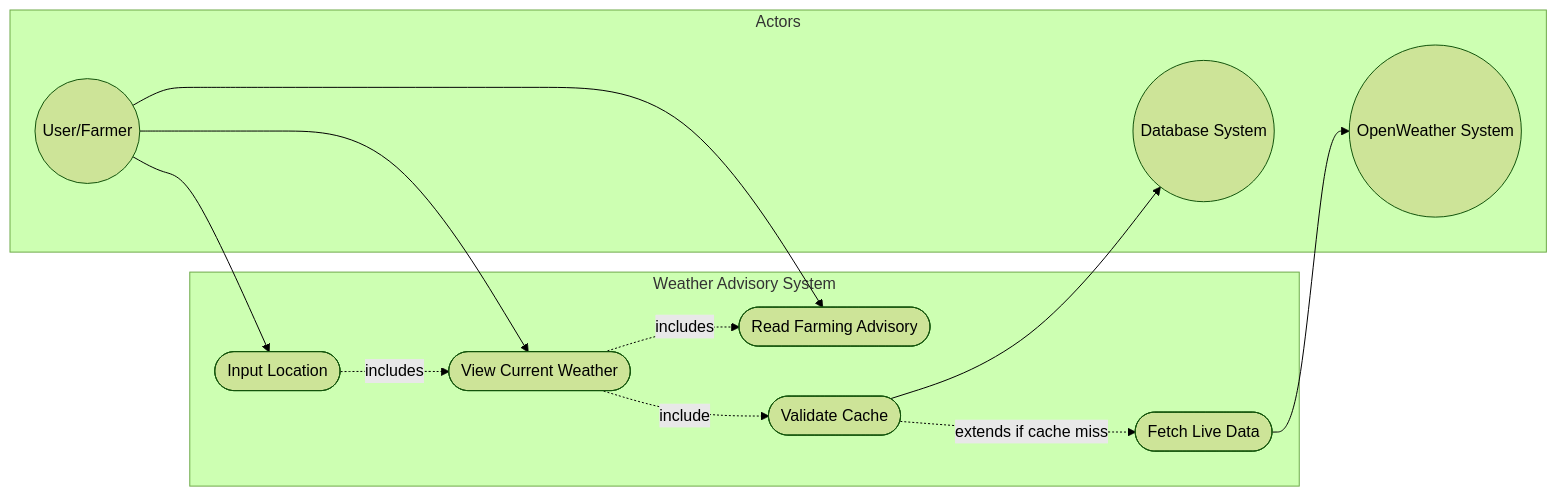
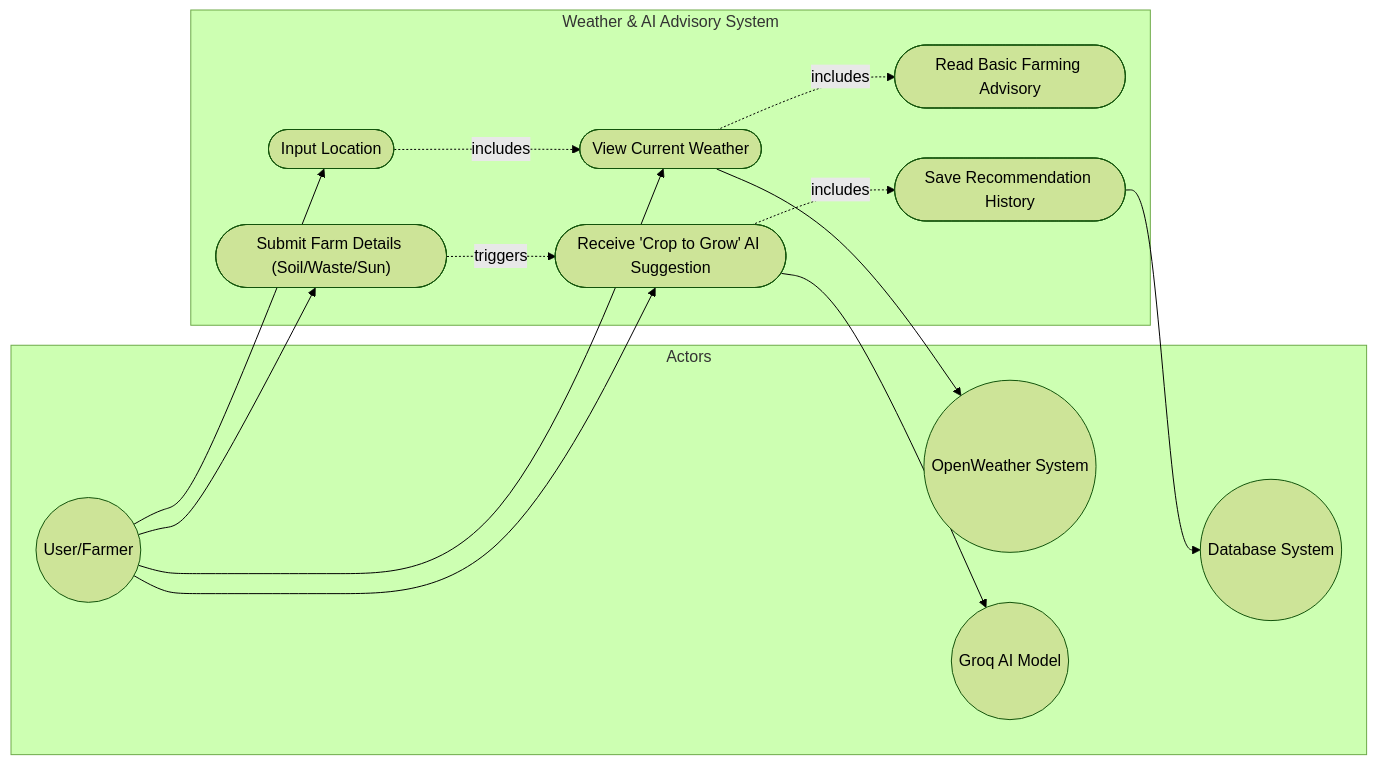
One commit to Kshithija1507/Agriwaste changed the sixth of 6 diagrams in WEATHER_ARCHITECTURE.md. Above: the diagram before and after it, drawn with Mermaid (forest theme). The commit also changed other lines of this file, not shown here.

Commit message:
docs: added groq ai crop suggestions to architecture diagrams

````diff
--- a/WEATHER_ARCHITECTURE.md
+++ b/WEATHER_ARCHITECTURE.md
@@ -175,29 +169,33 @@
 ```mermaid
 flowchart LR
     subgraph Actors
         Farmer(("User/Farmer"))
         OpenWeather(("OpenWeather System"))
         Mongo(("Database System"))
+        Groq(("Groq AI Model"))
     end
 
-    subgraph Weather Advisory System
+    subgraph Weather & AI Advisory System
         UC1(["Input Location"])
         UC2(["View Current Weather"])
-        UC3(["Read Farming Advisory"])
-        UC4(["Validate Cache"])
-        UC5(["Fetch Live Data"])
+        UC3(["Read Basic Farming Advisory"])
+        
+        UC6(["Submit Farm Details (Soil/Waste/Sun)"])
+        UC7(["Receive 'Crop to Grow' AI Suggestion"])
+        UC8(["Save Recommendation History"])
     end
 
     Farmer --> UC1
     Farmer --> UC2
-    Farmer --> UC3
+    Farmer --> UC6
+    Farmer --> UC7
 
     UC1 -.->|includes| UC2
     UC2 -.->|includes| UC3
+    UC2 --> OpenWeather
 
-    UC2 -.->|include| UC4
-    UC4 --> Mongo
-
-    UC4 -.->|extends if cache miss| UC5
-    UC5 --> OpenWeather
+    UC6 -.->|triggers| UC7
+    UC7 --> Groq
+    UC7 -.->|includes| UC8
+    UC8 --> Mongo
 ```
````
